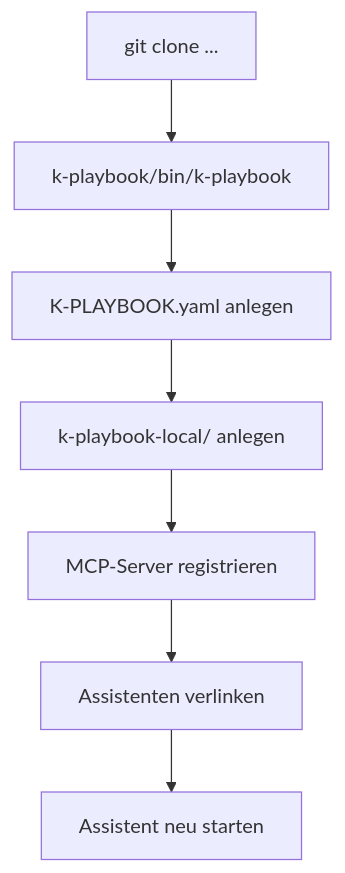
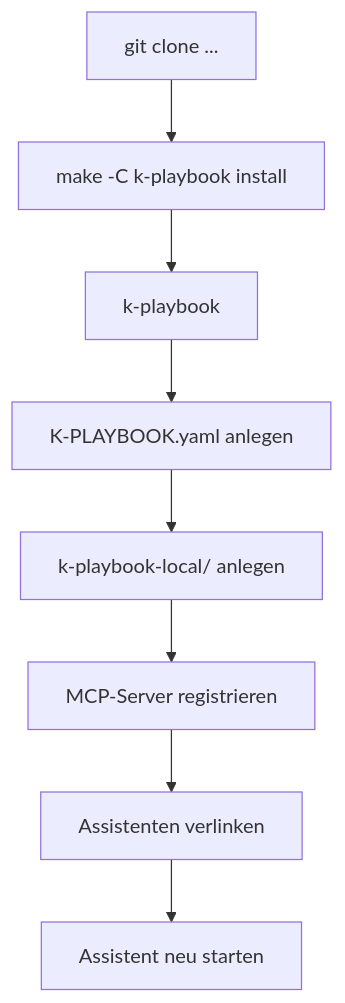
The second of 3 diagrams in docs/handbuch.md (kascada/k-playbook), drawn with Mermaid before and after one commit. The commit also changed other lines of this file and 67 other files, not shown here.

````diff
--- a/docs/handbuch.md
+++ b/docs/handbuch.md
@@ -132,9 +133,10 @@
 ```mermaid
 flowchart TD
-    A["git clone ..."] --> B["k-playbook/bin/k-playbook"]
+    A["git clone ..."] --> A2["make -C k-playbook install"]
+    A2 --> B["k-playbook"]
     B --> C["K-PLAYBOOK.yaml anlegen"]
     C --> D["k-playbook-local/ anlegen"]
     D --> E["MCP-Server registrieren"]
     E --> F["Assistenten verlinken"]
     F --> G["Assistent neu starten"]
 ```
````
